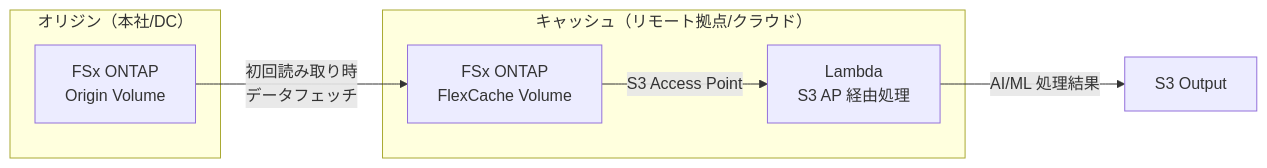
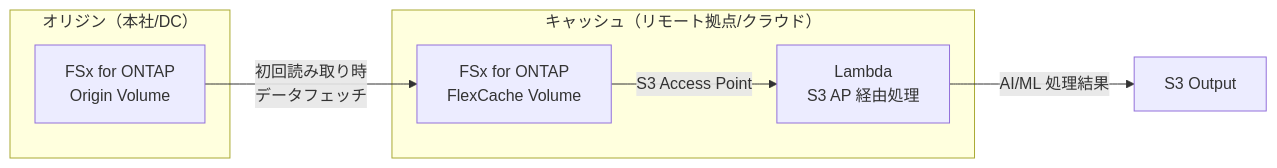
Before and after one commit to Yoshiki0705/FSx-for-ONTAP-S3AccessPoints-Serverless-Patterns: the first of 2 diagrams in docs/industry-workload-mapping.md, drawn with Mermaid. The commit also changed other lines of this file and 2448 other files, not shown here.

````diff
--- a/docs/industry-workload-mapping.md
+++ b/docs/industry-workload-mapping.md
@@ -40,13 +40,13 @@
 ```mermaid
 graph LR
     subgraph "オリジン（本社/DC）"
-        ORIGIN[FSx ONTAP<br/>Origin Volume]
+        ORIGIN[FSx for ONTAP<br/>Origin Volume]
     end
     subgraph "キャッシュ（リモート拠点/クラウド）"
-        CACHE[FSx ONTAP<br/>FlexCache Volume]
+        CACHE[FSx for ONTAP<br/>FlexCache Volume]
         LAMBDA[Lambda<br/>S3 AP 経由処理]
     end
     ORIGIN -->|初回読み取り時<br/>データフェッチ| CACHE
     CACHE -->|S3 Access Point| LAMBDA
     LAMBDA -->|AI/ML 処理結果| S3OUT[S3 Output]
 ```
````
